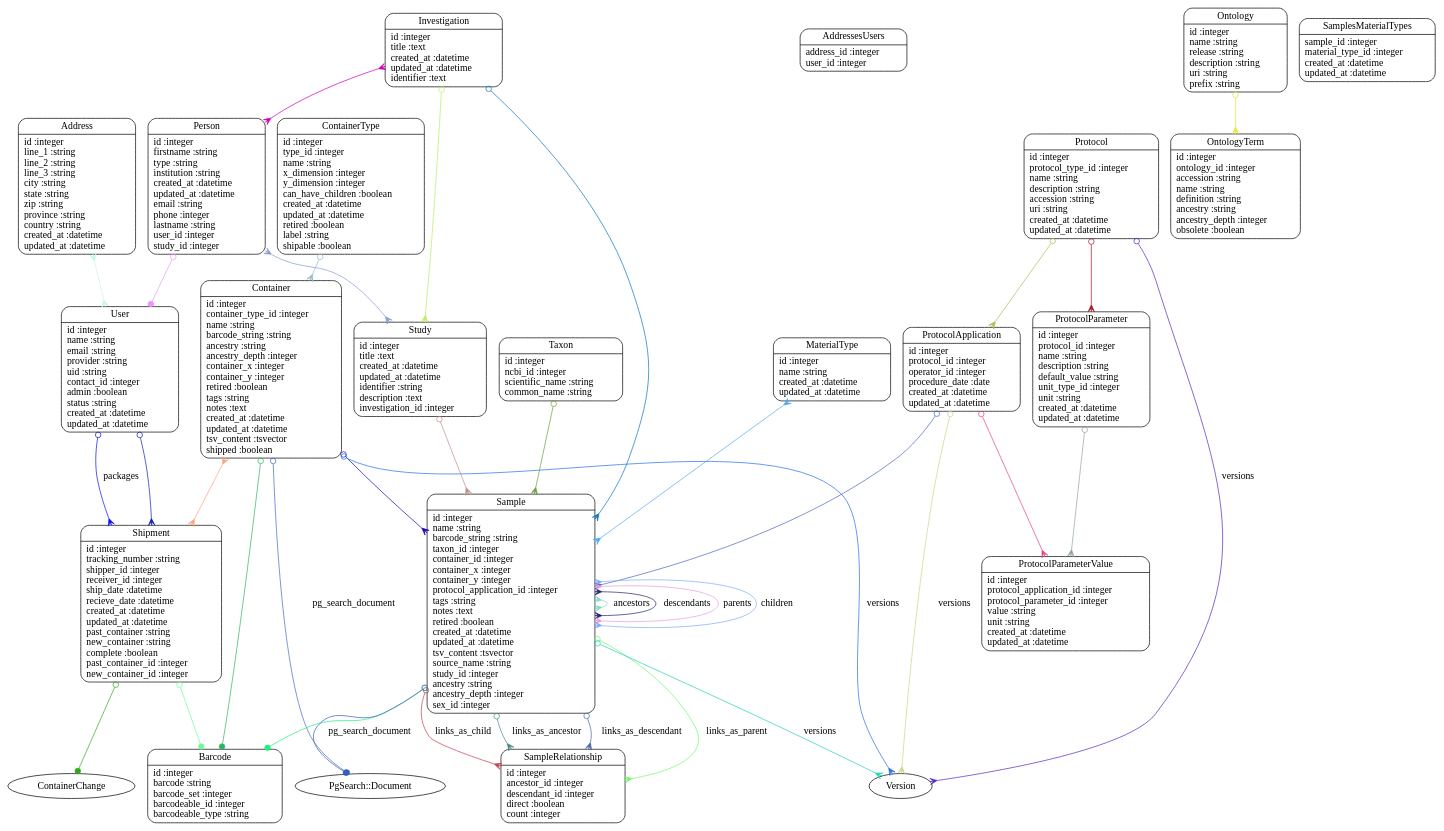
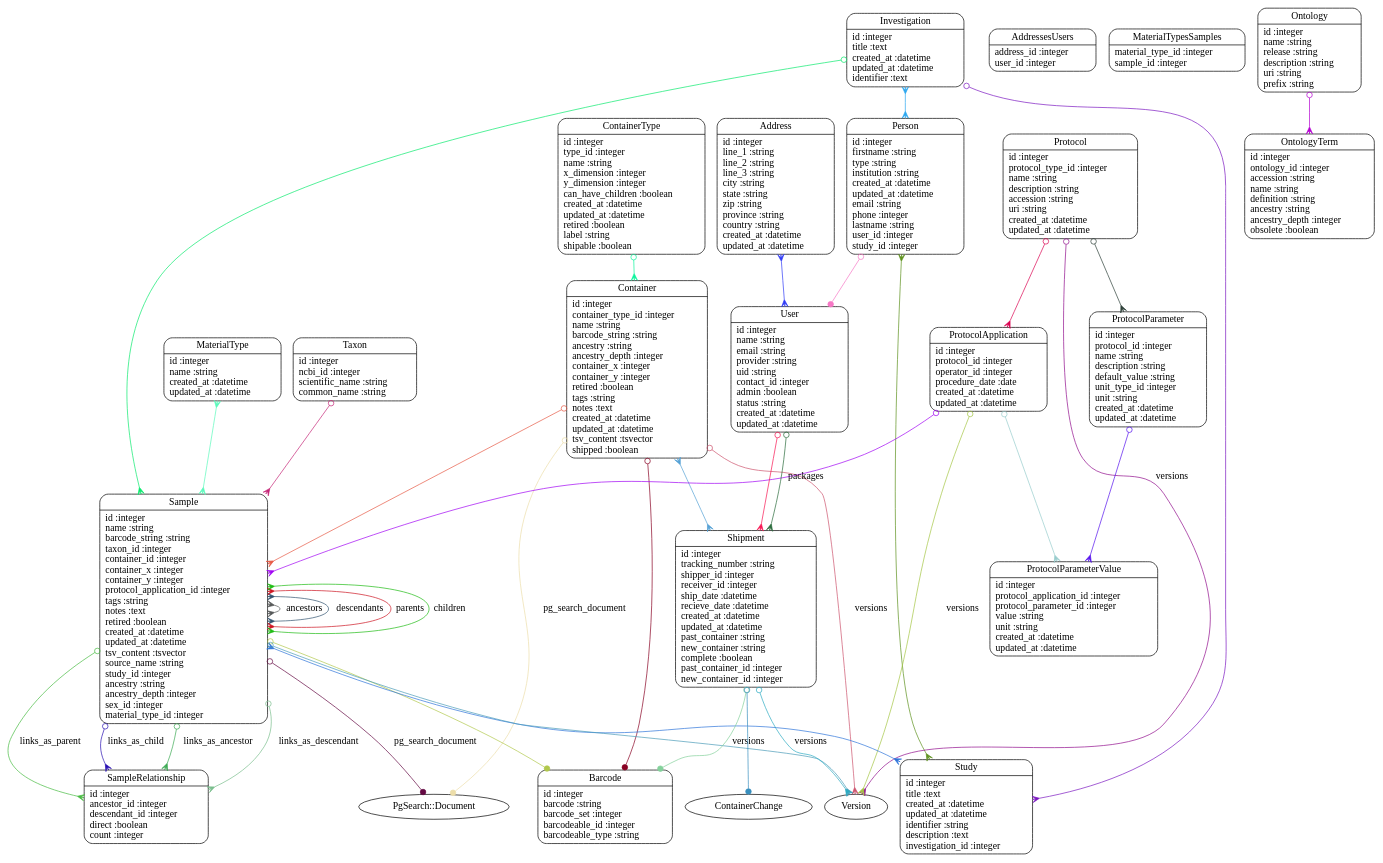
The diagram in models.dot (dimitras/collos), drawn with Graphviz before and after one commit. The commit also changed 22 other files, not shown here.

```diff
--- a/models.dot
+++ b/models.dot
@@ -1,62 +1,63 @@
 digraph models_diagram {
 	graph[overlap=false, splines=true]
 	"Address" [shape=Mrecord, label="{Address|id :integer\lline_1 :string\lline_2 :string\lline_3 :string\lcity :string\lstate :string\lzip :string\lprovince :string\lcountry :string\lcreated_at :datetime\lupdated_at :datetime\l}"]
 	"AddressesUsers" [shape=Mrecord, label="{AddressesUsers|address_id :integer\luser_id :integer\l}"]
 	"Barcode" [shape=Mrecord, label="{Barcode|id :integer\lbarcode :string\lbarcode_set :integer\lbarcodeable_id :integer\lbarcodeable_type :string\l}"]
 	"Container" [shape=Mrecord, label="{Container|id :integer\lcontainer_type_id :integer\lname :string\lbarcode_string :string\lancestry :string\lancestry_depth :integer\lcontainer_x :integer\lcontainer_y :integer\lretired :boolean\ltags :string\lnotes :text\lcreated_at :datetime\lupdated_at :datetime\ltsv_content :tsvector\lshipped :boolean\l}"]
 	"ContainerType" [shape=Mrecord, label="{ContainerType|id :integer\ltype_id :integer\lname :string\lx_dimension :integer\ly_dimension :integer\lcan_have_children :boolean\lcreated_at :datetime\lupdated_at :datetime\lretired :boolean\llabel :string\lshipable :boolean\l}"]
 	"Investigation" [shape=Mrecord, label="{Investigation|id :integer\ltitle :text\lcreated_at :datetime\lupdated_at :datetime\lidentifier :text\l}"]
 	"MaterialType" [shape=Mrecord, label="{MaterialType|id :integer\lname :string\lcreated_at :datetime\lupdated_at :datetime\l}"]
+	"MaterialTypesSamples" [shape=Mrecord, label="{MaterialTypesSamples|material_type_id :integer\lsample_id :integer\l}"]
 	"Ontology" [shape=Mrecord, label="{Ontology|id :integer\lname :string\lrelease :string\ldescription :string\luri :string\lprefix :string\l}"]
 	"OntologyTerm" [shape=Mrecord, label="{OntologyTerm|id :integer\lontology_id :integer\laccession :string\lname :string\ldefinition :string\lancestry :string\lancestry_depth :integer\lobsolete :boolean\l}"]
 	"Person" [shape=Mrecord, label="{Person|id :integer\lfirstname :string\ltype :string\linstitution :string\lcreated_at :datetime\lupdated_at :datetime\lemail :string\lphone :integer\llastname :string\luser_id :integer\lstudy_id :integer\l}"]
 	"Protocol" [shape=Mrecord, label="{Protocol|id :integer\lprotocol_type_id :integer\lname :string\ldescription :string\laccession :string\luri :string\lcreated_at :datetime\lupdated_at :datetime\l}"]
 	"ProtocolApplication" [shape=Mrecord, label="{ProtocolApplication|id :integer\lprotocol_id :integer\loperator_id :integer\lprocedure_date :date\lcreated_at :datetime\lupdated_at :datetime\l}"]
 	"ProtocolParameter" [shape=Mrecord, label="{ProtocolParameter|id :integer\lprotocol_id :integer\lname :string\ldescription :string\ldefault_value :string\lunit_type_id :integer\lunit :string\lcreated_at :datetime\lupdated_at :datetime\l}"]
 	"ProtocolParameterValue" [shape=Mrecord, label="{ProtocolParameterValue|id :integer\lprotocol_application_id :integer\lprotocol_parameter_id :integer\lvalue :string\lunit :string\lcreated_at :datetime\lupdated_at :datetime\l}"]
-	"Sample" [shape=Mrecord, label="{Sample|id :integer\lname :string\lbarcode_string :string\ltaxon_id :integer\lcontainer_id :integer\lcontainer_x :integer\lcontainer_y :integer\lprotocol_application_id :integer\ltags :string\lnotes :text\lretired :boolean\lcreated_at :datetime\lupdated_at :datetime\ltsv_content :tsvector\lsource_name :string\lstudy_id :integer\lancestry :string\lancestry_depth :integer\lsex_id :integer\l}"]
+	"Sample" [shape=Mrecord, label="{Sample|id :integer\lname :string\lbarcode_string :string\ltaxon_id :integer\lcontainer_id :integer\lcontainer_x :integer\lcontainer_y :integer\lprotocol_application_id :integer\ltags :string\lnotes :text\lretired :boolean\lcreated_at :datetime\lupdated_at :datetime\ltsv_content :tsvector\lsource_name :string\lstudy_id :integer\lancestry :string\lancestry_depth :integer\lsex_id :integer\lmaterial_type_id :integer\l}"]
 	"SampleRelationship" [shape=Mrecord, label="{SampleRelationship|id :integer\lancestor_id :integer\ldescendant_id :integer\ldirect :boolean\lcount :integer\l}"]
-	"SamplesMaterialTypes" [shape=Mrecord, label="{SamplesMaterialTypes|sample_id :integer\lmaterial_type_id :integer\lcreated_at :datetime\lupdated_at :datetime\l}"]
 	"Shipment" [shape=Mrecord, label="{Shipment|id :integer\ltracking_number :string\lshipper_id :integer\lreceiver_id :integer\lship_date :datetime\lrecieve_date :datetime\lcreated_at :datetime\lupdated_at :datetime\lpast_container :string\lnew_container :string\lcomplete :boolean\lpast_container_id :integer\lnew_container_id :integer\l}"]
 	"Study" [shape=Mrecord, label="{Study|id :integer\ltitle :text\lcreated_at :datetime\lupdated_at :datetime\lidentifier :string\ldescription :text\linvestigation_id :integer\l}"]
 	"Taxon" [shape=Mrecord, label="{Taxon|id :integer\lncbi_id :integer\lscientific_name :string\lcommon_name :string\l}"]
 	"User" [shape=Mrecord, label="{User|id :integer\lname :string\lemail :string\lprovider :string\luid :string\lcontact_id :integer\ladmin :boolean\lstatus :string\lcreated_at :datetime\lupdated_at :datetime\l}"]
-	"Address" -> "User" [arrowtail=crow, arrowhead=crow, dir=both color="#C7F6DD"]
-	"Container" -> "Sample" [arrowtail=odot, arrowhead=crow, dir=both color="#1906AC"]
-	"Container" -> "Barcode" [arrowtail=odot, arrowhead=dot, dir=both color="#2CB563"]
-	"Container" -> "Shipment" [arrowtail=crow, arrowhead=crow, dir=both color="#FBA37C"]
-	"Container" -> "Version" [label="versions", arrowtail=odot, arrowhead=crow, dir=both color="#286CF0"]
-	"Container" -> "PgSearch::Document" [label="pg_search_document", arrowtail=odot, arrowhead=dot, dir=both color="#446BC6"]
-	"ContainerType" -> "Container" [arrowtail=odot, arrowhead=crow, dir=both color="#94BCC4"]
-	"Investigation" -> "Study" [arrowtail=odot, arrowhead=crow, dir=both color="#BAEC63"]
-	"Investigation" -> "Sample" [arrowtail=odot, arrowhead=crow, dir=both color="#0975C4"]
-	"Investigation" -> "Person" [arrowtail=crow, arrowhead=crow, dir=both color="#CA01BB"]
-	"MaterialType" -> "Sample" [arrowtail=crow, arrowhead=crow, dir=both color="#4AAAF6"]
-	"Ontology" -> "OntologyTerm" [arrowtail=odot, arrowhead=crow, dir=both color="#DFE83C"]
-	"Person" -> "Study" [arrowtail=crow, arrowhead=crow, dir=both color="#869AD7"]
-	"Person" -> "User" [arrowtail=odot, arrowhead=dot, dir=both color="#EE93FE"]
-	"Protocol" -> "ProtocolApplication" [arrowtail=odot, arrowhead=crow, dir=both color="#A5C150"]
-	"Protocol" -> "ProtocolParameter" [arrowtail=odot, arrowhead=crow, dir=both color="#A51A1D"]
-	"Protocol" -> "Version" [label="versions", arrowtail=odot, arrowhead=crow, dir=both color="#5827BE"]
-	"ProtocolApplication" -> "Sample" [arrowtail=odot, arrowhead=crow, dir=both color="#4B64C2"]
-	"ProtocolApplication" -> "ProtocolParameterValue" [arrowtail=odot, arrowhead=crow, dir=both color="#E74089"]
-	"ProtocolApplication" -> "Version" [label="versions", arrowtail=odot, arrowhead=crow, dir=both color="#C7D78A"]
-	"ProtocolParameter" -> "ProtocolParameterValue" [arrowtail=odot, arrowhead=crow, dir=both color="#91A59C"]
-	"Sample" -> "Barcode" [arrowtail=odot, arrowhead=dot, dir=both color="#25ED7D"]
-	"Sample" -> "SampleRelationship" [label="links_as_ancestor", arrowtail=odot, arrowhead=crow, dir=both color="#48868A"]
-	"Sample" -> "SampleRelationship" [label="links_as_descendant", arrowtail=odot, arrowhead=crow, dir=both color="#4669A2"]
-	"Sample" -> "Sample" [label="ancestors", arrowtail=crow, arrowhead=crow, dir=both color="#86DACA"]
-	"Sample" -> "Sample" [label="descendants", arrowtail=crow, arrowhead=crow, dir=both color="#241E76"]
-	"Sample" -> "SampleRelationship" [label="links_as_parent", arrowtail=odot, arrowhead=crow, dir=both color="#6DF96C"]
-	"Sample" -> "SampleRelationship" [label="links_as_child", arrowtail=odot, arrowhead=crow, dir=both color="#C83A51"]
-	"Sample" -> "Sample" [label="parents", arrowtail=crow, arrowhead=crow, dir=both color="#E89BDA"]
-	"Sample" -> "Sample" [label="children", arrowtail=crow, arrowhead=crow, dir=both color="#7AADF9"]
-	"Sample" -> "PgSearch::Document" [label="pg_search_document", arrowtail=odot, arrowhead=dot, dir=both color="#355EB7"]
-	"Sample" -> "Version" [label="versions", arrowtail=odot, arrowhead=crow, dir=both color="#22D3B1"]
-	"Shipment" -> "Barcode" [arrowtail=odot, arrowhead=dot, dir=both color="#70FB9B"]
-	"Shipment" -> "ContainerChange" [arrowtail=odot, arrowhead=dot, dir=both color="#30A81D"]
-	"Study" -> "Sample" [arrowtail=odot, arrowhead=crow, dir=both color="#BE8C87"]
-	"Taxon" -> "Sample" [arrowtail=odot, arrowhead=crow, dir=both color="#699E40"]
-	"User" -> "Shipment" [arrowtail=odot, arrowhead=crow, dir=both color="#1220B1"]
-	"User" -> "Shipment" [label="packages", arrowtail=odot, arrowhead=crow, dir=both color="#0610E6"]
+	"Address" -> "User" [arrowtail=crow, arrowhead=crow, dir=both color="#313CF6"]
+	"Container" -> "Sample" [arrowtail=odot, arrowhead=crow, dir=both color="#E75945"]
+	"Container" -> "Barcode" [arrowtail=odot, arrowhead=dot, dir=both color="#890223"]
+	"Container" -> "Shipment" [arrowtail=crow, arrowhead=crow, dir=both color="#55A1D6"]
+	"Container" -> "PgSearch::Document" [label="pg_search_document", arrowtail=odot, arrowhead=dot, dir=both color="#EDDEAA"]
+	"Container" -> "Version" [label="versions", arrowtail=odot, arrowhead=crow, dir=both color="#CD536D"]
+	"ContainerType" -> "Container" [arrowtail=odot, arrowhead=crow, dir=both color="#0DF59D"]
+	"Investigation" -> "Study" [arrowtail=odot, arrowhead=crow, dir=both color="#7B18C1"]
+	"Investigation" -> "Sample" [arrowtail=odot, arrowhead=crow, dir=both color="#0AE96D"]
+	"Investigation" -> "Person" [arrowtail=crow, arrowhead=crow, dir=both color="#2BA7F0"]
+	"MaterialType" -> "Sample" [arrowtail=crow, arrowhead=crow, dir=both color="#5BF9BC"]
+	"Ontology" -> "OntologyTerm" [arrowtail=odot, arrowhead=crow, dir=both color="#B401D1"]
+	"Person" -> "Study" [arrowtail=crow, arrowhead=crow, dir=both color="#5E911E"]
+	"Person" -> "User" [arrowtail=odot, arrowhead=dot, dir=both color="#F778C5"]
+	"Protocol" -> "ProtocolApplication" [arrowtail=odot, arrowhead=crow, dir=both color="#DB0352"]
+	"Protocol" -> "ProtocolParameter" [arrowtail=odot, arrowhead=crow, dir=both color="#2E4039"]
+	"Protocol" -> "Version" [label="versions", arrowtail=odot, arrowhead=crow, dir=both color="#920E8D"]
+	"ProtocolApplication" -> "Sample" [arrowtail=odot, arrowhead=crow, dir=both color="#A104F3"]
+	"ProtocolApplication" -> "ProtocolParameterValue" [arrowtail=odot, arrowhead=crow, dir=both color="#97CCCD"]
+	"ProtocolApplication" -> "Version" [label="versions", arrowtail=odot, arrowhead=crow, dir=both color="#A4C543"]
+	"ProtocolParameter" -> "ProtocolParameterValue" [arrowtail=odot, arrowhead=crow, dir=both color="#5511EE"]
+	"Sample" -> "Barcode" [arrowtail=odot, arrowhead=dot, dir=both color="#B1C84C"]
+	"Sample" -> "Study" [arrowtail=crow, arrowhead=crow, dir=both color="#2D74DA"]
+	"Sample" -> "SampleRelationship" [label="links_as_ancestor", arrowtail=odot, arrowhead=crow, dir=both color="#3CAA53"]
+	"Sample" -> "SampleRelationship" [label="links_as_descendant", arrowtail=odot, arrowhead=crow, dir=both color="#7ABE8D"]
+	"Sample" -> "Sample" [label="ancestors", arrowtail=crow, arrowhead=crow, dir=both color="#555757"]
+	"Sample" -> "Sample" [label="descendants", arrowtail=crow, arrowhead=crow, dir=both color="#31516F"]
+	"Sample" -> "SampleRelationship" [label="links_as_parent", arrowtail=odot, arrowhead=crow, dir=both color="#48BB42"]
+	"Sample" -> "SampleRelationship" [label="links_as_child", arrowtail=odot, arrowhead=crow, dir=both color="#2910B3"]
+	"Sample" -> "Sample" [label="parents", arrowtail=crow, arrowhead=crow, dir=both color="#CD1320"]
+	"Sample" -> "Sample" [label="children", arrowtail=crow, arrowhead=crow, dir=both color="#1FBB14"]
+	"Sample" -> "PgSearch::Document" [label="pg_search_document", arrowtail=odot, arrowhead=dot, dir=both color="#650A43"]
+	"Sample" -> "Version" [label="versions", arrowtail=odot, arrowhead=crow, dir=both color="#4A9CB9"]
+	"Shipment" -> "Barcode" [arrowtail=odot, arrowhead=dot, dir=both color="#84D19B"]
+	"Shipment" -> "ContainerChange" [arrowtail=odot, arrowhead=dot, dir=both color="#388FBE"]
+	"Shipment" -> "Version" [label="versions", arrowtail=odot, arrowhead=crow, dir=both color="#2DABC2"]
+	"Taxon" -> "Sample" [arrowtail=odot, arrowhead=crow, dir=both color="#C52677"]
+	"User" -> "Shipment" [arrowtail=odot, arrowhead=crow, dir=both color="#F81552"]
+	"User" -> "Shipment" [label="packages", arrowtail=odot, arrowhead=crow, dir=both color="#2B6C3C"]
 }
```
